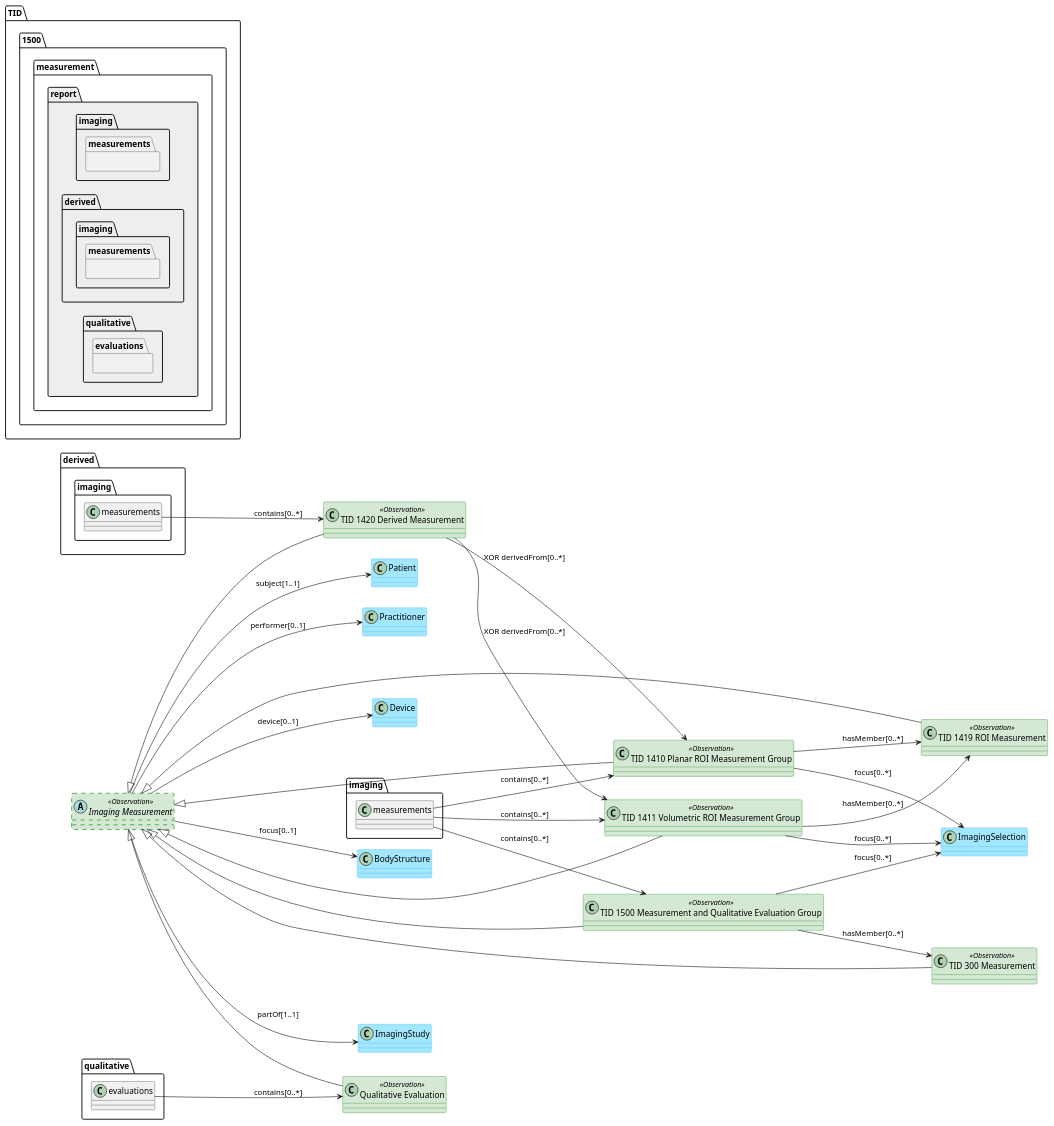
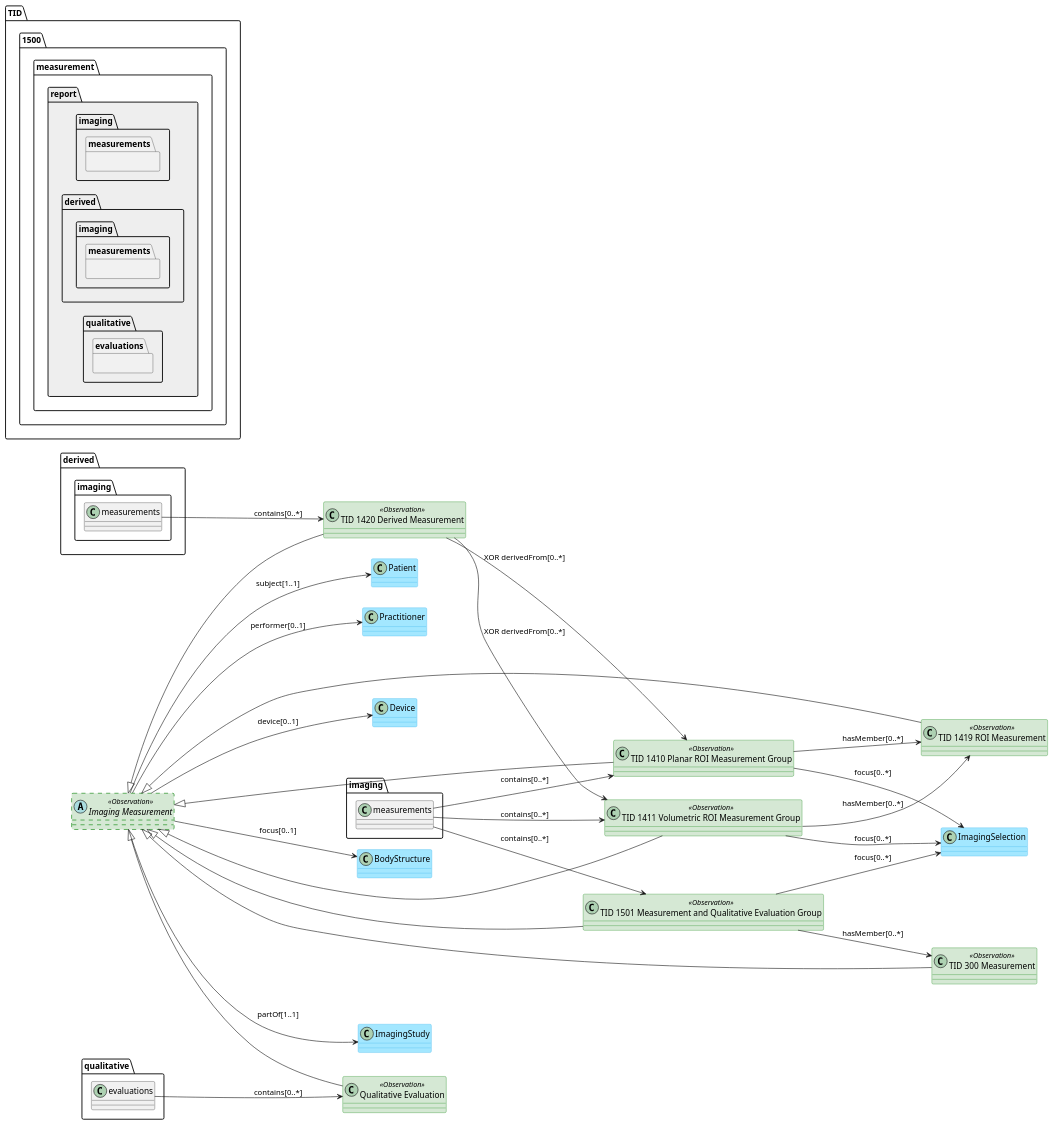
The diagram in input/images-source/architecture.puml (HL7/dicom-sr), drawn with PlantUML before and after one commit. The commit also changed 12 other files, not shown here.

```diff
--- a/input/images-source/architecture.puml
+++ b/input/images-source/architecture.puml
@@ -1,63 +1,63 @@
 @startuml architecture
 left to right direction
 
 abstract class "Imaging Measurement" as ImagingMeasurementCore <<Observation>> #d5e8d4 ##[dashed]green
 class "TID 1410 Planar ROI Measurement Group" as PlanarMeasurementGroup <<Observation>> #d5e8d4 ##green
 class "TID 1411 Volumetric ROI Measurement Group" as VolumetricMeasurementGroup <<Observation>> #d5e8d4 ##green
-class "TID 1500 Measurement and Qualitative Evaluation Group" as MeasurementGroup <<Observation>> #d5e8d4 ##green
+class "TID 1501 Measurement and Qualitative Evaluation Group" as MeasurementGroup <<Observation>> #d5e8d4 ##green
 class "TID 1420 Derived Measurement" as DerivedMeasurement <<Observation>> #d5e8d4 ##green
 class "TID 1419 ROI Measurement" as ROIMeasurement <<Observation>> #d5e8d4 ##green
 class "TID 300 Measurement" as Measurement <<Observation>> #d5e8d4 ##green
 class "Qualitative Evaluation" as QualitativeEvaluation <<Observation>> #d5e8d4 ##green
 
 class ImagingStudy #a3e7ff ##34b1eb
 class Patient #a3e7ff ##34b1eb
 class Practitioner #a3e7ff ##34b1eb
 class Device #a3e7ff ##34b1eb
 class ImagingSelection #a3e7ff ##34b1eb
 class BodyStructure #a3e7ff ##34b1eb
 
 
 package TID.1500.measurement.report #EEEEEE {
     package imaging.measurements {
     }
     package derived.imaging.measurements {
     }
     package qualitative.evaluations {
     }
 }
 
 .ImagingMeasurementCore <|-- PlanarMeasurementGroup
 .ImagingMeasurementCore <|-- VolumetricMeasurementGroup
 .ImagingMeasurementCore <|-- MeasurementGroup
 .ImagingMeasurementCore <|-- DerivedMeasurement
 .ImagingMeasurementCore <|-- QualitativeEvaluation
 .ImagingMeasurementCore <|-- ROIMeasurement
 .ImagingMeasurementCore <|-- Measurement
 
 imaging.measurements --> PlanarMeasurementGroup : contains[0..*]
 imaging.measurements --> VolumetricMeasurementGroup : contains[0..*]
 imaging.measurements --> MeasurementGroup : contains[0..*]
 derived.imaging.measurements --> DerivedMeasurement : contains[0..*]
 qualitative.evaluations --> QualitativeEvaluation : contains[0..*]
 
 PlanarMeasurementGroup --> ROIMeasurement : hasMember[0..*]
 VolumetricMeasurementGroup --> ROIMeasurement : hasMember[0..*]
 MeasurementGroup --> Measurement : hasMember[0..*]
 
 DerivedMeasurement --> PlanarMeasurementGroup : XOR derivedFrom[0..*]
 DerivedMeasurement --> VolumetricMeasurementGroup : XOR derivedFrom[0..*]
 
 PlanarMeasurementGroup --> ImagingSelection : focus[0..*]
 VolumetricMeasurementGroup --> ImagingSelection : focus[0..*]
 MeasurementGroup --> ImagingSelection : focus[0..*]
 
 ImagingMeasurementCore --> ImagingStudy : partOf[1..1]
 ImagingMeasurementCore --> Patient : subject[1..1]
 ImagingMeasurementCore --> Practitioner : performer[0..1]
 ImagingMeasurementCore --> Device : device[0..1]
 ImagingMeasurementCore --> BodyStructure: focus[0..1]
 
 
 
 @enduml
```
